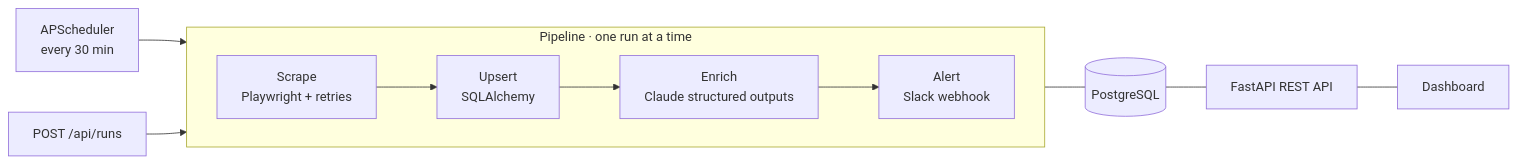
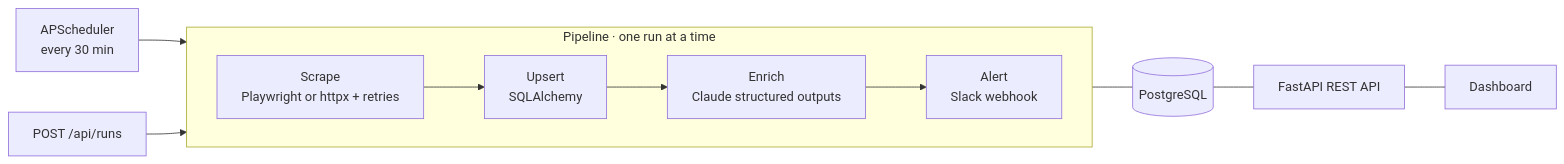
One commit to StorkBison/techpulse changed the diagram in README.md. Above: the diagram before and after it, drawn with Mermaid. The commit also changed other lines of this file and 15 other files, not shown here.

````diff
--- a/README.md
+++ b/README.md
@@ -15,14 +15,14 @@
 ```mermaid
 flowchart LR
     S[APScheduler<br/>every 30 min] --> P
     A[POST /api/runs] --> P
     subgraph P[Pipeline · one run at a time]
       direction LR
-      SC[Scrape<br/>Playwright + retries] --> ST[Upsert<br/>SQLAlchemy]
+      SC[Scrape<br/>Playwright or httpx + retries] --> ST[Upsert<br/>SQLAlchemy]
       ST --> EN[Enrich<br/>Claude structured outputs]
       EN --> AL[Alert<br/>Slack webhook]
     end
     ST --- DB[(PostgreSQL)]
     DB --- API[FastAPI REST API]
     API --- UI[Dashboard]
 ```
````
